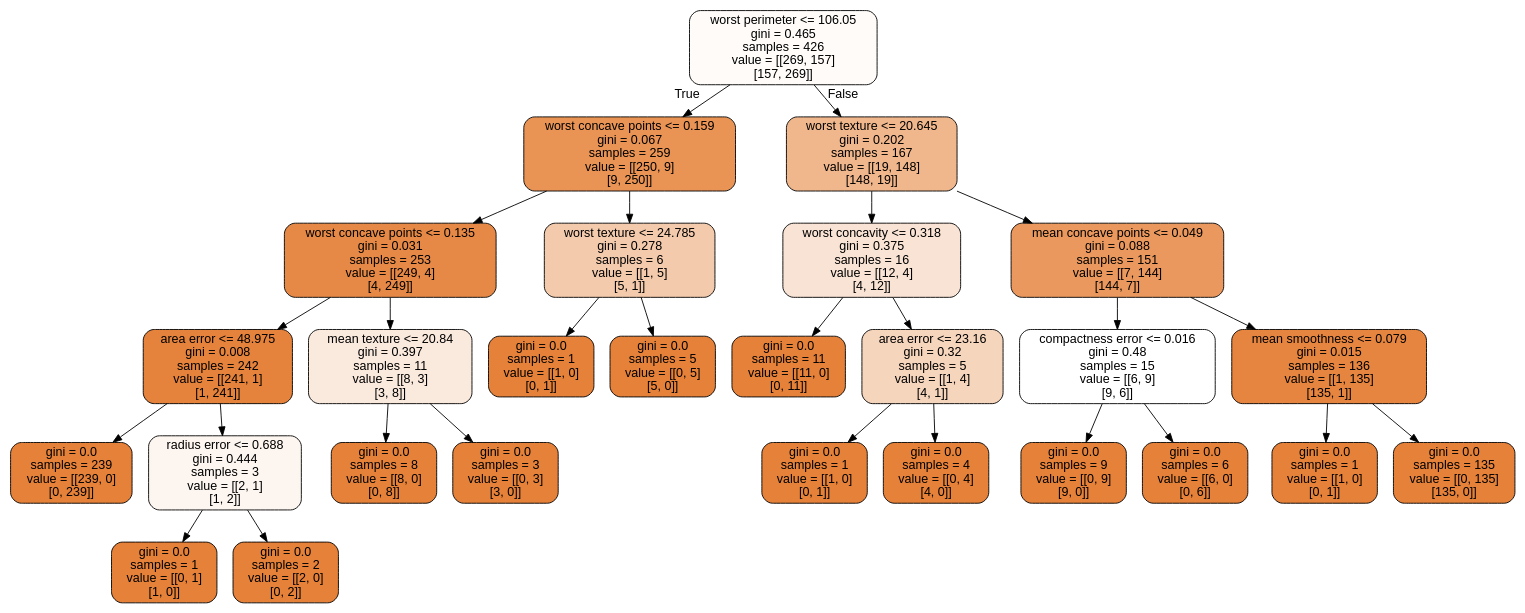
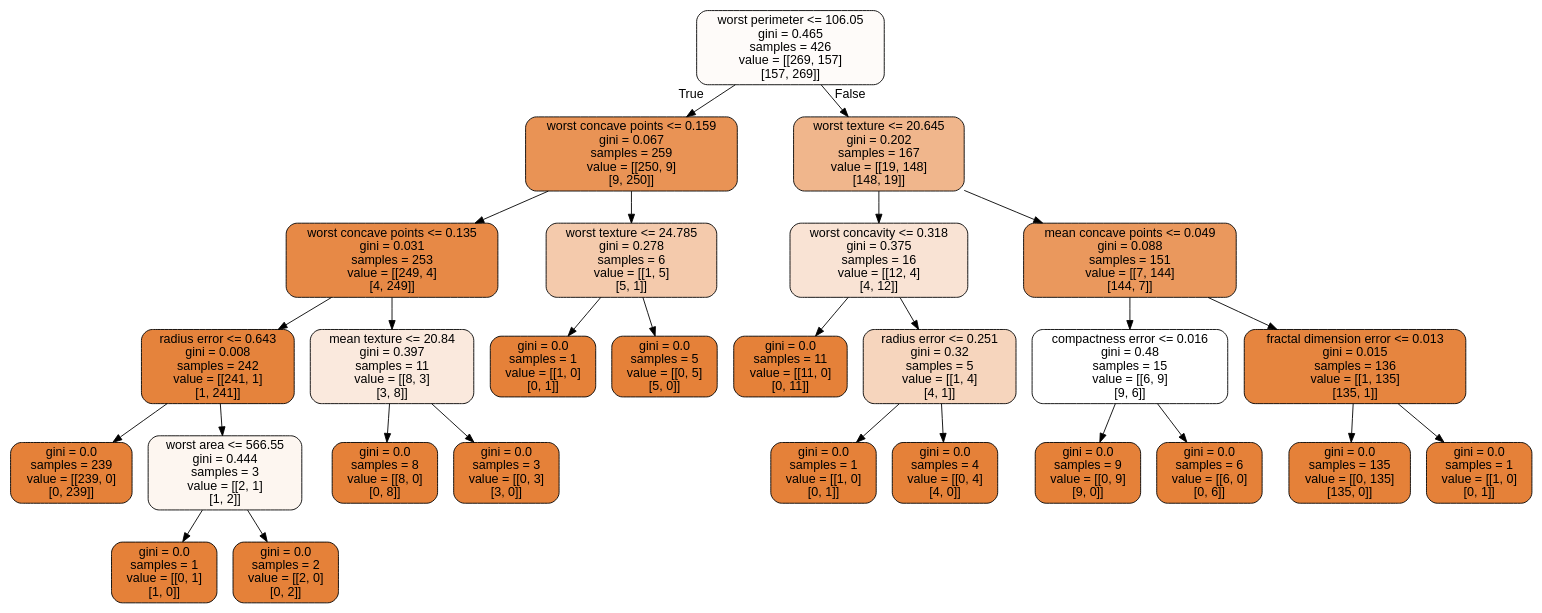
The diagram in doc/LectureNotes/DataFiles/cancer.dot (CompPhysics/MachineLearning), drawn with Graphviz before and after one commit. The commit also changed 179 other files, not shown here.

```diff
--- a/doc/LectureNotes/DataFiles/cancer.dot
+++ b/doc/LectureNotes/DataFiles/cancer.dot
@@ -1,57 +1,57 @@
 digraph Tree {
 node [shape=box, style="filled, rounded", color="black", fontname="helvetica"] ;
 edge [fontname="helvetica"] ;
 0 [label="worst perimeter <= 106.05\ngini = 0.465\nsamples = 426\nvalue = [[269, 157]\n[157, 269]]", fillcolor="#fefbf9"] ;
 1 [label="worst concave points <= 0.159\ngini = 0.067\nsamples = 259\nvalue = [[250, 9]\n[9, 250]]", fillcolor="#e99355"] ;
 0 -> 1 [labeldistance=2.5, labelangle=45, headlabel="True"] ;
 2 [label="worst concave points <= 0.135\ngini = 0.031\nsamples = 253\nvalue = [[249, 4]\n[4, 249]]", fillcolor="#e78946"] ;
 1 -> 2 ;
-3 [label="area error <= 48.975\ngini = 0.008\nsamples = 242\nvalue = [[241, 1]\n[1, 241]]", fillcolor="#e5833c"] ;
+3 [label="radius error <= 0.643\ngini = 0.008\nsamples = 242\nvalue = [[241, 1]\n[1, 241]]", fillcolor="#e5833c"] ;
 2 -> 3 ;
 4 [label="gini = 0.0\nsamples = 239\nvalue = [[239, 0]\n[0, 239]]", fillcolor="#e58139"] ;
 3 -> 4 ;
-5 [label="radius error <= 0.688\ngini = 0.444\nsamples = 3\nvalue = [[2, 1]\n[1, 2]]", fillcolor="#fdf6f0"] ;
+5 [label="worst area <= 566.55\ngini = 0.444\nsamples = 3\nvalue = [[2, 1]\n[1, 2]]", fillcolor="#fdf6f0"] ;
 3 -> 5 ;
 6 [label="gini = 0.0\nsamples = 1\nvalue = [[0, 1]\n[1, 0]]", fillcolor="#e58139"] ;
 5 -> 6 ;
 7 [label="gini = 0.0\nsamples = 2\nvalue = [[2, 0]\n[0, 2]]", fillcolor="#e58139"] ;
 5 -> 7 ;
 8 [label="mean texture <= 20.84\ngini = 0.397\nsamples = 11\nvalue = [[8, 3]\n[3, 8]]", fillcolor="#fae9dd"] ;
 2 -> 8 ;
 9 [label="gini = 0.0\nsamples = 8\nvalue = [[8, 0]\n[0, 8]]", fillcolor="#e58139"] ;
 8 -> 9 ;
 10 [label="gini = 0.0\nsamples = 3\nvalue = [[0, 3]\n[3, 0]]", fillcolor="#e58139"] ;
 8 -> 10 ;
 11 [label="worst texture <= 24.785\ngini = 0.278\nsamples = 6\nvalue = [[1, 5]\n[5, 1]]", fillcolor="#f4caac"] ;
 1 -> 11 ;
 12 [label="gini = 0.0\nsamples = 1\nvalue = [[1, 0]\n[0, 1]]", fillcolor="#e58139"] ;
 11 -> 12 ;
 13 [label="gini = 0.0\nsamples = 5\nvalue = [[0, 5]\n[5, 0]]", fillcolor="#e58139"] ;
 11 -> 13 ;
 14 [label="worst texture <= 20.645\ngini = 0.202\nsamples = 167\nvalue = [[19, 148]\n[148, 19]]", fillcolor="#f0b68c"] ;
 0 -> 14 [labeldistance=2.5, labelangle=-45, headlabel="False"] ;
 15 [label="worst concavity <= 0.318\ngini = 0.375\nsamples = 16\nvalue = [[12, 4]\n[4, 12]]", fillcolor="#f9e3d4"] ;
 14 -> 15 ;
 16 [label="gini = 0.0\nsamples = 11\nvalue = [[11, 0]\n[0, 11]]", fillcolor="#e58139"] ;
 15 -> 16 ;
-17 [label="area error <= 23.16\ngini = 0.32\nsamples = 5\nvalue = [[1, 4]\n[4, 1]]", fillcolor="#f6d5bd"] ;
+17 [label="radius error <= 0.251\ngini = 0.32\nsamples = 5\nvalue = [[1, 4]\n[4, 1]]", fillcolor="#f6d5bd"] ;
 15 -> 17 ;
 18 [label="gini = 0.0\nsamples = 1\nvalue = [[1, 0]\n[0, 1]]", fillcolor="#e58139"] ;
 17 -> 18 ;
 19 [label="gini = 0.0\nsamples = 4\nvalue = [[0, 4]\n[4, 0]]", fillcolor="#e58139"] ;
 17 -> 19 ;
 20 [label="mean concave points <= 0.049\ngini = 0.088\nsamples = 151\nvalue = [[7, 144]\n[144, 7]]", fillcolor="#ea985d"] ;
 14 -> 20 ;
 21 [label="compactness error <= 0.016\ngini = 0.48\nsamples = 15\nvalue = [[6, 9]\n[9, 6]]", fillcolor="#ffffff"] ;
 20 -> 21 ;
 22 [label="gini = 0.0\nsamples = 9\nvalue = [[0, 9]\n[9, 0]]", fillcolor="#e58139"] ;
 21 -> 22 ;
 23 [label="gini = 0.0\nsamples = 6\nvalue = [[6, 0]\n[0, 6]]", fillcolor="#e58139"] ;
 21 -> 23 ;
-24 [label="mean smoothness <= 0.079\ngini = 0.015\nsamples = 136\nvalue = [[1, 135]\n[135, 1]]", fillcolor="#e6853f"] ;
+24 [label="fractal dimension error <= 0.013\ngini = 0.015\nsamples = 136\nvalue = [[1, 135]\n[135, 1]]", fillcolor="#e6853f"] ;
 20 -> 24 ;
-25 [label="gini = 0.0\nsamples = 1\nvalue = [[1, 0]\n[0, 1]]", fillcolor="#e58139"] ;
+25 [label="gini = 0.0\nsamples = 135\nvalue = [[0, 135]\n[135, 0]]", fillcolor="#e58139"] ;
 24 -> 25 ;
-26 [label="gini = 0.0\nsamples = 135\nvalue = [[0, 135]\n[135, 0]]", fillcolor="#e58139"] ;
+26 [label="gini = 0.0\nsamples = 1\nvalue = [[1, 0]\n[0, 1]]", fillcolor="#e58139"] ;
 24 -> 26 ;
 }
```
